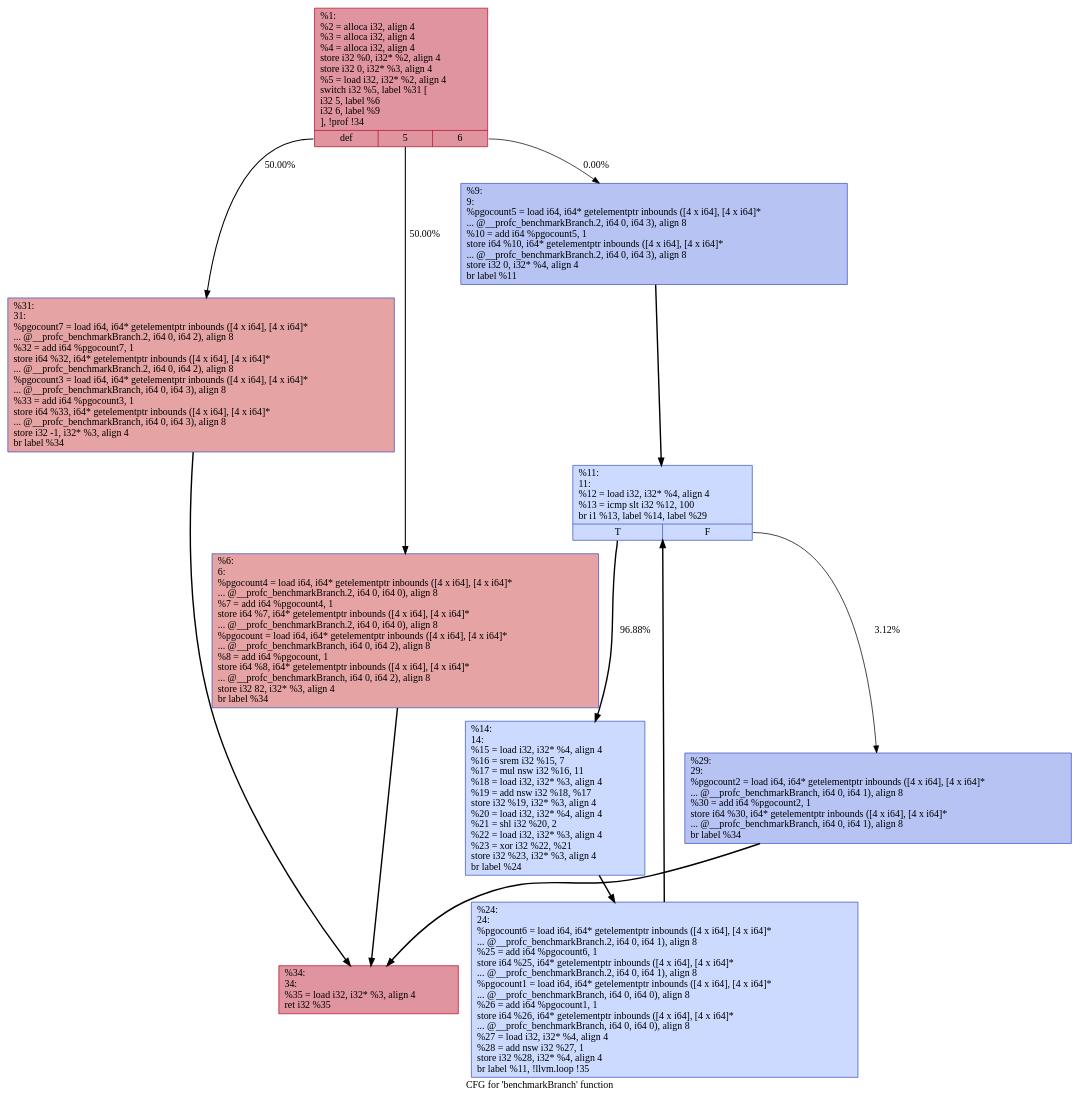
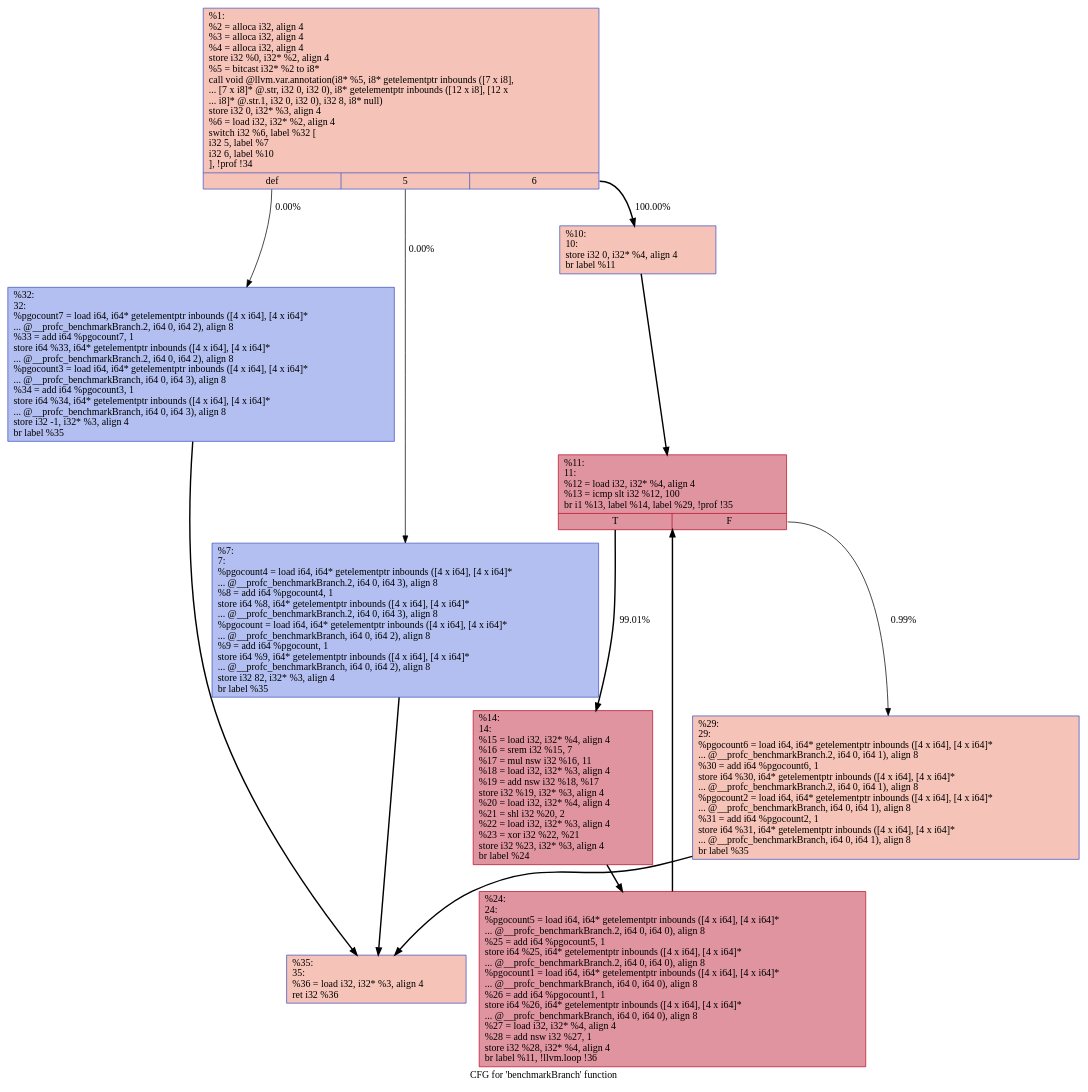
The diagram in benchmarks/correctness/dot/tmp/.benchmarkBranch.dot (rudrajyotiroy/mirrormaze), drawn with Graphviz before and after one commit. The commit also changed 14 other files, not shown here.

```diff
--- a/benchmarks/correctness/dot/tmp/.benchmarkBranch.dot
+++ b/benchmarks/correctness/dot/tmp/.benchmarkBranch.dot
@@ -1,24 +1,24 @@
 digraph "CFG for 'benchmarkBranch' function" {
 	label="CFG for 'benchmarkBranch' function";
 
-	Node0x55a2edcd3580 [shape=record,color="#b70d28ff", style=filled, fillcolor="#b70d2870",label="{%1:\l  %2 = alloca i32, align 4\l  %3 = alloca i32, align 4\l  %4 = alloca i32, align 4\l  store i32 %0, i32* %2, align 4\l  store i32 0, i32* %3, align 4\l  %5 = load i32, i32* %2, align 4\l  switch i32 %5, label %31 [\l    i32 5, label %6\l    i32 6, label %9\l  ], !prof !34\l|{<s0>def|<s1>5|<s2>6}}"];
-	Node0x55a2edcd3580:s0 -> Node0x55a2edcd37b0[label="50.00%" penwidth=1.50];
-	Node0x55a2edcd3580:s1 -> Node0x55a2edcd35d0[label="50.00%" penwidth=1.50];
-	Node0x55a2edcd3580:s2 -> Node0x55a2edcd3620[label="0.00%" penwidth=1.00];
-	Node0x55a2edcd35d0 [shape=record,color="#3d50c3ff", style=filled, fillcolor="#c32e3170",label="{%6:\l6:                                                \l  %pgocount4 = load i64, i64* getelementptr inbounds ([4 x i64], [4 x i64]*\l... @__profc_benchmarkBranch.2, i64 0, i64 0), align 8\l  %7 = add i64 %pgocount4, 1\l  store i64 %7, i64* getelementptr inbounds ([4 x i64], [4 x i64]*\l... @__profc_benchmarkBranch.2, i64 0, i64 0), align 8\l  %pgocount = load i64, i64* getelementptr inbounds ([4 x i64], [4 x i64]*\l... @__profc_benchmarkBranch, i64 0, i64 2), align 8\l  %8 = add i64 %pgocount, 1\l  store i64 %8, i64* getelementptr inbounds ([4 x i64], [4 x i64]*\l... @__profc_benchmarkBranch, i64 0, i64 2), align 8\l  store i32 82, i32* %3, align 4\l  br label %34\l}"];
-	Node0x55a2edcd35d0 -> Node0x55a2edcd3800[penwidth=2];
-	Node0x55a2edcd3620 [shape=record,color="#3d50c3ff", style=filled, fillcolor="#5977e370",label="{%9:\l9:                                                \l  %pgocount5 = load i64, i64* getelementptr inbounds ([4 x i64], [4 x i64]*\l... @__profc_benchmarkBranch.2, i64 0, i64 3), align 8\l  %10 = add i64 %pgocount5, 1\l  store i64 %10, i64* getelementptr inbounds ([4 x i64], [4 x i64]*\l... @__profc_benchmarkBranch.2, i64 0, i64 3), align 8\l  store i32 0, i32* %4, align 4\l  br label %11\l}"];
-	Node0x55a2edcd3620 -> Node0x55a2edcd3670[penwidth=2];
-	Node0x55a2edcd3670 [shape=record,color="#3d50c3ff", style=filled, fillcolor="#88abfd70",label="{%11:\l11:                                               \l  %12 = load i32, i32* %4, align 4\l  %13 = icmp slt i32 %12, 100\l  br i1 %13, label %14, label %29\l|{<s0>T|<s1>F}}"];
-	Node0x55a2edcd3670:s0 -> Node0x55a2edcd36c0[label="96.88%" penwidth=1.97];
-	Node0x55a2edcd3670:s1 -> Node0x55a2edcd3760[label="3.12%" penwidth=1.03];
-	Node0x55a2edcd36c0 [shape=record,color="#3d50c3ff", style=filled, fillcolor="#88abfd70",label="{%14:\l14:                                               \l  %15 = load i32, i32* %4, align 4\l  %16 = srem i32 %15, 7\l  %17 = mul nsw i32 %16, 11\l  %18 = load i32, i32* %3, align 4\l  %19 = add nsw i32 %18, %17\l  store i32 %19, i32* %3, align 4\l  %20 = load i32, i32* %4, align 4\l  %21 = shl i32 %20, 2\l  %22 = load i32, i32* %3, align 4\l  %23 = xor i32 %22, %21\l  store i32 %23, i32* %3, align 4\l  br label %24\l}"];
-	Node0x55a2edcd36c0 -> Node0x55a2edcd3710[penwidth=2];
-	Node0x55a2edcd3710 [shape=record,color="#3d50c3ff", style=filled, fillcolor="#88abfd70",label="{%24:\l24:                                               \l  %pgocount6 = load i64, i64* getelementptr inbounds ([4 x i64], [4 x i64]*\l... @__profc_benchmarkBranch.2, i64 0, i64 1), align 8\l  %25 = add i64 %pgocount6, 1\l  store i64 %25, i64* getelementptr inbounds ([4 x i64], [4 x i64]*\l... @__profc_benchmarkBranch.2, i64 0, i64 1), align 8\l  %pgocount1 = load i64, i64* getelementptr inbounds ([4 x i64], [4 x i64]*\l... @__profc_benchmarkBranch, i64 0, i64 0), align 8\l  %26 = add i64 %pgocount1, 1\l  store i64 %26, i64* getelementptr inbounds ([4 x i64], [4 x i64]*\l... @__profc_benchmarkBranch, i64 0, i64 0), align 8\l  %27 = load i32, i32* %4, align 4\l  %28 = add nsw i32 %27, 1\l  store i32 %28, i32* %4, align 4\l  br label %11, !llvm.loop !35\l}"];
-	Node0x55a2edcd3710 -> Node0x55a2edcd3670[penwidth=2];
-	Node0x55a2edcd3760 [shape=record,color="#3d50c3ff", style=filled, fillcolor="#5977e370",label="{%29:\l29:                                               \l  %pgocount2 = load i64, i64* getelementptr inbounds ([4 x i64], [4 x i64]*\l... @__profc_benchmarkBranch, i64 0, i64 1), align 8\l  %30 = add i64 %pgocount2, 1\l  store i64 %30, i64* getelementptr inbounds ([4 x i64], [4 x i64]*\l... @__profc_benchmarkBranch, i64 0, i64 1), align 8\l  br label %34\l}"];
-	Node0x55a2edcd3760 -> Node0x55a2edcd3800[penwidth=2];
-	Node0x55a2edcd37b0 [shape=record,color="#3d50c3ff", style=filled, fillcolor="#c32e3170",label="{%31:\l31:                                               \l  %pgocount7 = load i64, i64* getelementptr inbounds ([4 x i64], [4 x i64]*\l... @__profc_benchmarkBranch.2, i64 0, i64 2), align 8\l  %32 = add i64 %pgocount7, 1\l  store i64 %32, i64* getelementptr inbounds ([4 x i64], [4 x i64]*\l... @__profc_benchmarkBranch.2, i64 0, i64 2), align 8\l  %pgocount3 = load i64, i64* getelementptr inbounds ([4 x i64], [4 x i64]*\l... @__profc_benchmarkBranch, i64 0, i64 3), align 8\l  %33 = add i64 %pgocount3, 1\l  store i64 %33, i64* getelementptr inbounds ([4 x i64], [4 x i64]*\l... @__profc_benchmarkBranch, i64 0, i64 3), align 8\l  store i32 -1, i32* %3, align 4\l  br label %34\l}"];
-	Node0x55a2edcd37b0 -> Node0x55a2edcd3800[penwidth=2];
-	Node0x55a2edcd3800 [shape=record,color="#b70d28ff", style=filled, fillcolor="#b70d2870",label="{%34:\l34:                                               \l  %35 = load i32, i32* %3, align 4\l  ret i32 %35\l}"];
+	Node0x55907e54b950 [shape=record,color="#3d50c3ff", style=filled, fillcolor="#e8765c70",label="{%1:\l  %2 = alloca i32, align 4\l  %3 = alloca i32, align 4\l  %4 = alloca i32, align 4\l  store i32 %0, i32* %2, align 4\l  %5 = bitcast i32* %2 to i8*\l  call void @llvm.var.annotation(i8* %5, i8* getelementptr inbounds ([7 x i8],\l... [7 x i8]* @.str, i32 0, i32 0), i8* getelementptr inbounds ([12 x i8], [12 x\l... i8]* @.str.1, i32 0, i32 0), i32 8, i8* null)\l  store i32 0, i32* %3, align 4\l  %6 = load i32, i32* %2, align 4\l  switch i32 %6, label %32 [\l    i32 5, label %7\l    i32 6, label %10\l  ], !prof !34\l|{<s0>def|<s1>5|<s2>6}}"];
+	Node0x55907e54b950:s0 -> Node0x55907e54bb80[label="0.00%" penwidth=1.00];
+	Node0x55907e54b950:s1 -> Node0x55907e54b9a0[label="0.00%" penwidth=1.00];
+	Node0x55907e54b950:s2 -> Node0x55907e54b9f0[label="100.00%" penwidth=2.00];
+	Node0x55907e54b9a0 [shape=record,color="#3d50c3ff", style=filled, fillcolor="#536edd70",label="{%7:\l7:                                                \l  %pgocount4 = load i64, i64* getelementptr inbounds ([4 x i64], [4 x i64]*\l... @__profc_benchmarkBranch.2, i64 0, i64 3), align 8\l  %8 = add i64 %pgocount4, 1\l  store i64 %8, i64* getelementptr inbounds ([4 x i64], [4 x i64]*\l... @__profc_benchmarkBranch.2, i64 0, i64 3), align 8\l  %pgocount = load i64, i64* getelementptr inbounds ([4 x i64], [4 x i64]*\l... @__profc_benchmarkBranch, i64 0, i64 2), align 8\l  %9 = add i64 %pgocount, 1\l  store i64 %9, i64* getelementptr inbounds ([4 x i64], [4 x i64]*\l... @__profc_benchmarkBranch, i64 0, i64 2), align 8\l  store i32 82, i32* %3, align 4\l  br label %35\l}"];
+	Node0x55907e54b9a0 -> Node0x55907e54bbd0[penwidth=2];
+	Node0x55907e54b9f0 [shape=record,color="#3d50c3ff", style=filled, fillcolor="#e8765c70",label="{%10:\l10:                                               \l  store i32 0, i32* %4, align 4\l  br label %11\l}"];
+	Node0x55907e54b9f0 -> Node0x55907e54ba40[penwidth=2];
+	Node0x55907e54ba40 [shape=record,color="#b70d28ff", style=filled, fillcolor="#b70d2870",label="{%11:\l11:                                               \l  %12 = load i32, i32* %4, align 4\l  %13 = icmp slt i32 %12, 100\l  br i1 %13, label %14, label %29, !prof !35\l|{<s0>T|<s1>F}}"];
+	Node0x55907e54ba40:s0 -> Node0x55907e54ba90[label="99.01%" penwidth=1.99];
+	Node0x55907e54ba40:s1 -> Node0x55907e54bb30[label="0.99%" penwidth=1.01];
+	Node0x55907e54ba90 [shape=record,color="#b70d28ff", style=filled, fillcolor="#b70d2870",label="{%14:\l14:                                               \l  %15 = load i32, i32* %4, align 4\l  %16 = srem i32 %15, 7\l  %17 = mul nsw i32 %16, 11\l  %18 = load i32, i32* %3, align 4\l  %19 = add nsw i32 %18, %17\l  store i32 %19, i32* %3, align 4\l  %20 = load i32, i32* %4, align 4\l  %21 = shl i32 %20, 2\l  %22 = load i32, i32* %3, align 4\l  %23 = xor i32 %22, %21\l  store i32 %23, i32* %3, align 4\l  br label %24\l}"];
+	Node0x55907e54ba90 -> Node0x55907e54bae0[penwidth=2];
+	Node0x55907e54bae0 [shape=record,color="#b70d28ff", style=filled, fillcolor="#b70d2870",label="{%24:\l24:                                               \l  %pgocount5 = load i64, i64* getelementptr inbounds ([4 x i64], [4 x i64]*\l... @__profc_benchmarkBranch.2, i64 0, i64 0), align 8\l  %25 = add i64 %pgocount5, 1\l  store i64 %25, i64* getelementptr inbounds ([4 x i64], [4 x i64]*\l... @__profc_benchmarkBranch.2, i64 0, i64 0), align 8\l  %pgocount1 = load i64, i64* getelementptr inbounds ([4 x i64], [4 x i64]*\l... @__profc_benchmarkBranch, i64 0, i64 0), align 8\l  %26 = add i64 %pgocount1, 1\l  store i64 %26, i64* getelementptr inbounds ([4 x i64], [4 x i64]*\l... @__profc_benchmarkBranch, i64 0, i64 0), align 8\l  %27 = load i32, i32* %4, align 4\l  %28 = add nsw i32 %27, 1\l  store i32 %28, i32* %4, align 4\l  br label %11, !llvm.loop !36\l}"];
+	Node0x55907e54bae0 -> Node0x55907e54ba40[penwidth=2];
+	Node0x55907e54bb30 [shape=record,color="#3d50c3ff", style=filled, fillcolor="#e8765c70",label="{%29:\l29:                                               \l  %pgocount6 = load i64, i64* getelementptr inbounds ([4 x i64], [4 x i64]*\l... @__profc_benchmarkBranch.2, i64 0, i64 1), align 8\l  %30 = add i64 %pgocount6, 1\l  store i64 %30, i64* getelementptr inbounds ([4 x i64], [4 x i64]*\l... @__profc_benchmarkBranch.2, i64 0, i64 1), align 8\l  %pgocount2 = load i64, i64* getelementptr inbounds ([4 x i64], [4 x i64]*\l... @__profc_benchmarkBranch, i64 0, i64 1), align 8\l  %31 = add i64 %pgocount2, 1\l  store i64 %31, i64* getelementptr inbounds ([4 x i64], [4 x i64]*\l... @__profc_benchmarkBranch, i64 0, i64 1), align 8\l  br label %35\l}"];
+	Node0x55907e54bb30 -> Node0x55907e54bbd0[penwidth=2];
+	Node0x55907e54bb80 [shape=record,color="#3d50c3ff", style=filled, fillcolor="#536edd70",label="{%32:\l32:                                               \l  %pgocount7 = load i64, i64* getelementptr inbounds ([4 x i64], [4 x i64]*\l... @__profc_benchmarkBranch.2, i64 0, i64 2), align 8\l  %33 = add i64 %pgocount7, 1\l  store i64 %33, i64* getelementptr inbounds ([4 x i64], [4 x i64]*\l... @__profc_benchmarkBranch.2, i64 0, i64 2), align 8\l  %pgocount3 = load i64, i64* getelementptr inbounds ([4 x i64], [4 x i64]*\l... @__profc_benchmarkBranch, i64 0, i64 3), align 8\l  %34 = add i64 %pgocount3, 1\l  store i64 %34, i64* getelementptr inbounds ([4 x i64], [4 x i64]*\l... @__profc_benchmarkBranch, i64 0, i64 3), align 8\l  store i32 -1, i32* %3, align 4\l  br label %35\l}"];
+	Node0x55907e54bb80 -> Node0x55907e54bbd0[penwidth=2];
+	Node0x55907e54bbd0 [shape=record,color="#3d50c3ff", style=filled, fillcolor="#e8765c70",label="{%35:\l35:                                               \l  %36 = load i32, i32* %3, align 4\l  ret i32 %36\l}"];
 }
```
